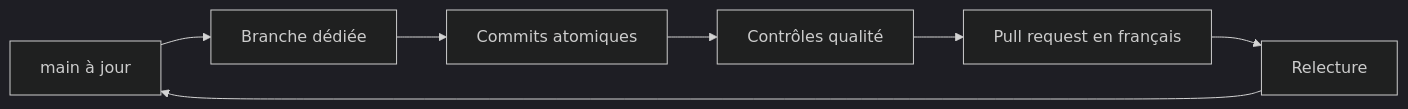
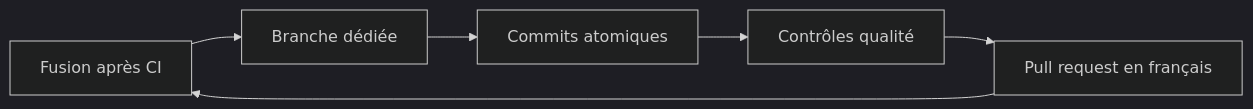
One commit to Alternative-LAB/faluss-platform changed the diagram in docs/CONTRIBUTING.md. Above: the diagram before and after it, drawn with Mermaid (dark theme). The commit also changed other lines of this file and 2 other files, not shown here.

````diff
--- a/docs/CONTRIBUTING.md
+++ b/docs/CONTRIBUTING.md
@@ -9,9 +9,8 @@
 ```mermaid
 flowchart LR
     M[main à jour] --> B[Branche dédiée]
     B --> C[Commits atomiques]
     C --> Q[Contrôles qualité]
     Q --> P[Pull request en français]
-    P --> R[Relecture]
-    R --> M
+    P --> M[Fusion après CI]
 ```
````
